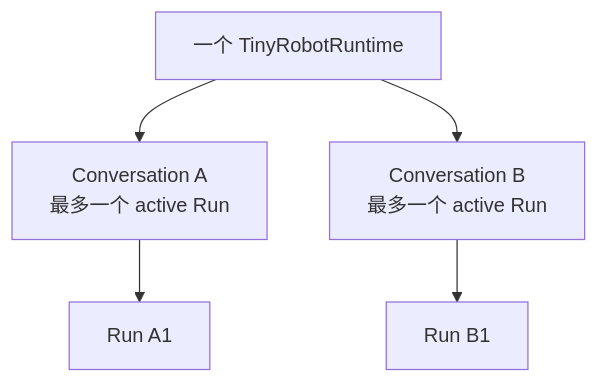
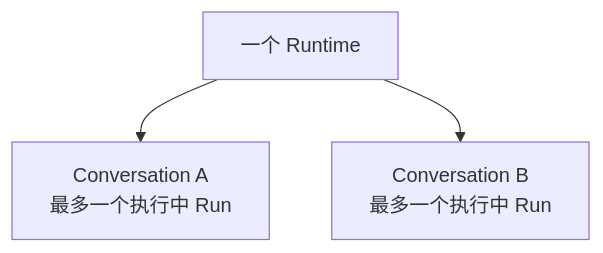
The second of 2 diagrams in docs-next/src/concepts/commands-and-runtime.md (gene9831/tiny-robot), drawn with Mermaid before and after one commit. The commit also changed other lines of this file and 7 other files, not shown here.

````diff
--- a/docs-next/src/concepts/commands-and-runtime.md
+++ b/docs-next/src/concepts/commands-and-runtime.md
@@ -102,8 +86,6 @@
 ```mermaid
 flowchart TB
-  Runtime["一个 TinyRobotRuntime"]
-  Runtime --> C1["Conversation A<br/>最多一个 active Run"]
-  Runtime --> C2["Conversation B<br/>最多一个 active Run"]
-  C1 --> R1["Run A1"]
-  C2 --> R2["Run B1"]
+  Runtime["一个 Runtime"]
+  Runtime --> C1["Conversation A<br/>最多一个执行中 Run"]
+  Runtime --> C2["Conversation B<br/>最多一个执行中 Run"]
 ```
````
